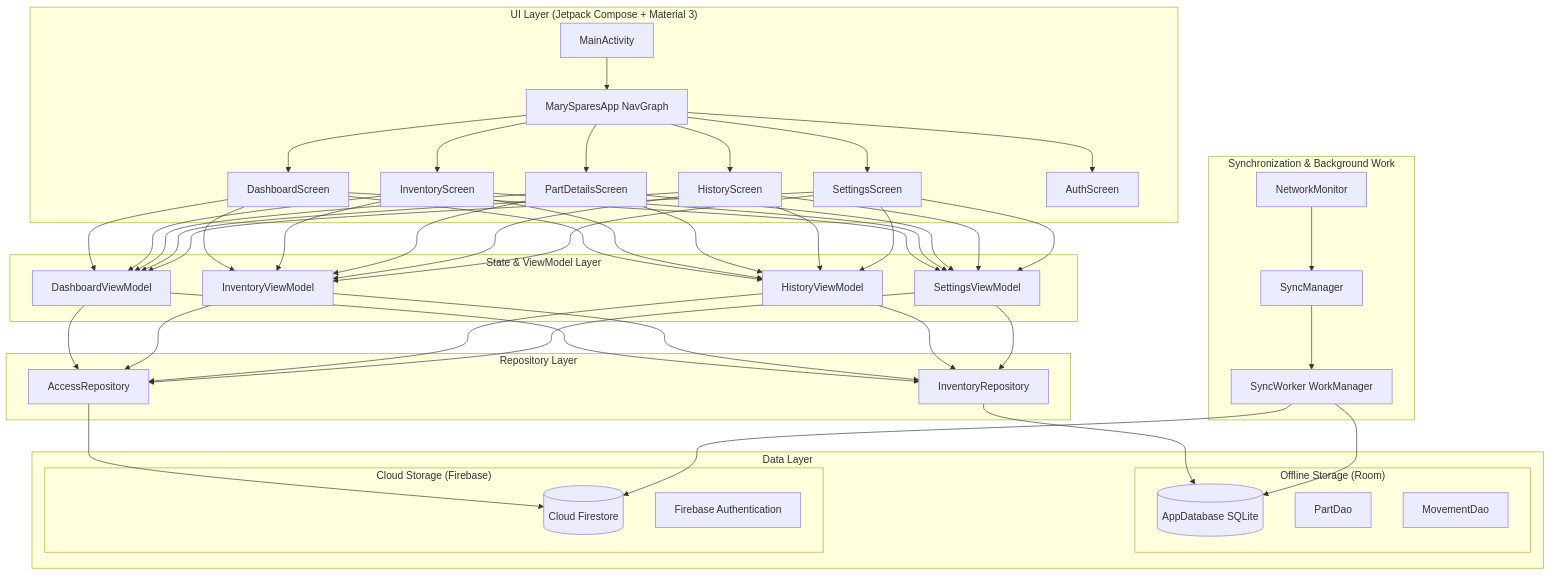
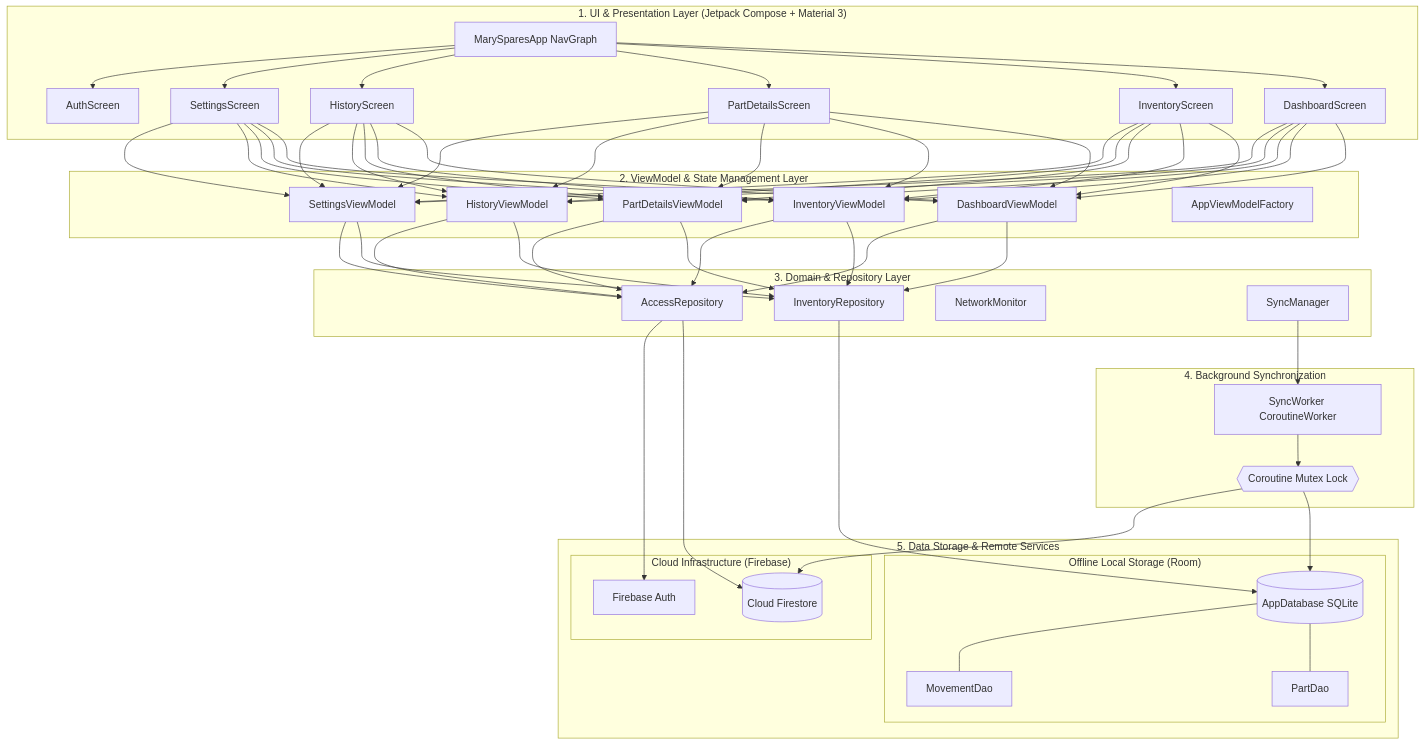
The first of 2 diagrams in README.md (jinsu-2005/MarySpares-Stock-Manager), drawn with Mermaid before and after one commit. The commit also changed other lines of this file, not shown here.

Commit message:
docs: enrich README with complete technical specs, sync sequence, and architecture details

````diff
--- a/README.md
+++ b/README.md
@@ -55,48 +58,57 @@
 ```mermaid
 graph TD
-    subgraph UI_Layer ["UI Layer (Jetpack Compose + Material 3)"]
-        A[MainActivity] --> B[MarySparesApp NavGraph]
-        B --> C1[DashboardScreen]
-        B --> C2[InventoryScreen]
-        B --> C3[PartDetailsScreen]
-        B --> C4[HistoryScreen]
-        B --> C5[SettingsScreen]
-        B --> C6[AuthScreen]
+    subgraph UI_Layer ["1. UI & Presentation Layer (Jetpack Compose + Material 3)"]
+        Nav[MarySparesApp NavGraph]
+        S1[DashboardScreen]
+        S2[InventoryScreen]
+        S3[PartDetailsScreen]
+        S4[HistoryScreen]
+        S5[SettingsScreen]
+        S6[AuthScreen]
+        Nav --> S1 & S2 & S3 & S4 & S5 & S6
     end
 
-    subgraph ViewModel_Layer ["State & ViewModel Layer"]
+    subgraph ViewModel_Layer ["2. ViewModel & State Management Layer"]
         VM1[DashboardViewModel]
         VM2[InventoryViewModel]
-        VM3[HistoryViewModel]
-        VM4[SettingsViewModel]
+        VM3[PartDetailsViewModel]
+        VM4[HistoryViewModel]
+        VM5[SettingsViewModel]
+        VMF[AppViewModelFactory]
     end
 
-    subgraph Domain_Repository ["Repository Layer"]
+    subgraph Domain_Layer ["3. Domain & Repository Layer"]
         R1[InventoryRepository]
         R2[AccessRepository]
+        NM[NetworkMonitor]
+        SM[SyncManager]
     end
 
-    subgraph Sync_Engine ["Synchronization & Background Work"]
-        S1[SyncManager] --> S2[SyncWorker WorkManager]
-        N1[NetworkMonitor] --> S1
+    subgraph Sync_Engine ["4. Background Synchronization"]
+        SW[SyncWorker CoroutineWorker]
+        MX{{Coroutine Mutex Lock}}
+        SM --> SW
+        SW --> MX
     end
 
-    subgraph Storage_Layer ["Data Layer"]
-        subgraph Local ["Offline Storage (Room)"]
+    subgraph Data_Layer ["5. Data Storage & Remote Services"]
+        subgraph Local_Storage ["Offline Local Storage (Room)"]
             DB[(AppDatabase SQLite)]
             D1[PartDao]
             D2[MovementDao]
+            DB --- D1 & D2
         end
-        subgraph Remote ["Cloud Storage (Firebase)"]
-            FS[(Cloud Firestore)]
-            FA[Firebase Authentication]
+
+        subgraph Cloud_Storage ["Cloud Infrastructure (Firebase)"]
+            CF[(Cloud Firestore)]
+            FA[Firebase Auth]
         end
     end
 
-    C1 & C2 & C3 & C4 & C5 --> VM1 & VM2 & VM3 & VM4
-    VM1 & VM2 & VM3 & VM4 --> R1 & R2
+    S1 & S2 & S3 & S4 & S5 --> VM1 & VM2 & VM3 & VM4 & VM5
+    VM1 & VM2 & VM3 & VM4 & VM5 --> R1 & R2
     R1 --> DB
-    R2 --> FS
-    S2 --> DB
-    S2 --> FS
+    R2 --> CF & FA
+    MX --> DB
+    MX --> CF
 ```
````
